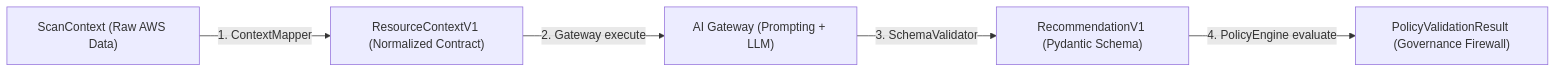
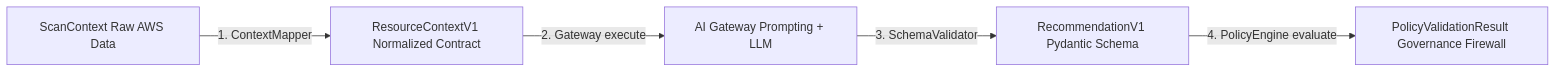
The third of 11 diagrams in ARCHITECTURE.md (VaishnavSreekumar/sentinelfinops), drawn with Mermaid before and after one commit. The commit also changed other lines of this file, not shown here.

Commit message:
docs: resolve Mermaid edge label parenthesis parsing issues in ARCHITECTURE.md

````diff
--- a/ARCHITECTURE.md
+++ b/ARCHITECTURE.md
@@ -76,7 +76,7 @@
 ```mermaid
 flowchart LR
-    ScanContext["ScanContext (Raw AWS Data)"] -->|1. ContextMapper| ResourceContext["ResourceContextV1 (Normalized Contract)"]
-    ResourceContext -->|2. Gateway execute| Gateway["AI Gateway (Prompting + LLM)"]
-    Gateway -->|3. SchemaValidator| Recommendation["RecommendationV1 (Pydantic Schema)"]
-    Recommendation -->|4. PolicyEngine evaluate| PolicyResult["PolicyValidationResult (Governance Firewall)"]
+    ScanContext["ScanContext Raw AWS Data"] -->|1. ContextMapper| ResourceContext["ResourceContextV1 Normalized Contract"]
+    ResourceContext -->|2. Gateway execute| Gateway["AI Gateway Prompting + LLM"]
+    Gateway -->|3. SchemaValidator| Recommendation["RecommendationV1 Pydantic Schema"]
+    Recommendation -->|4. PolicyEngine evaluate| PolicyResult["PolicyValidationResult Governance Firewall"]
 ```
````
